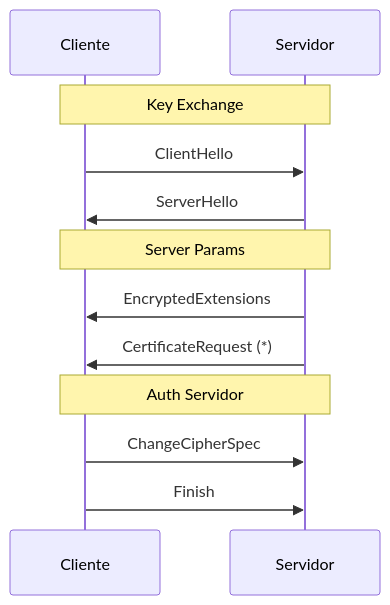
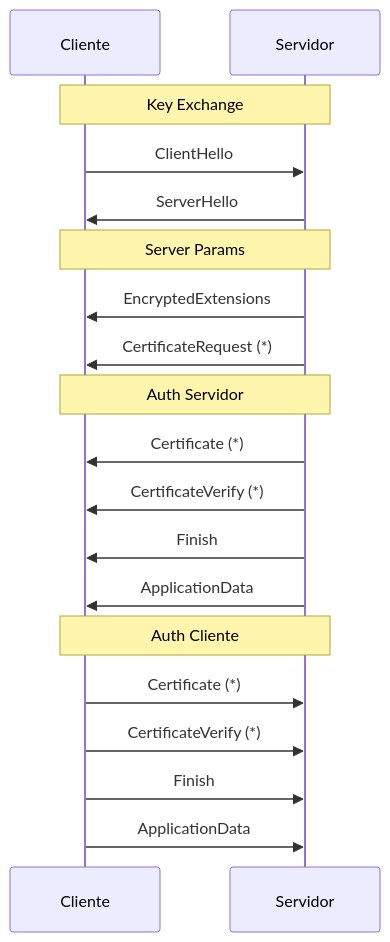
The second of 2 diagrams in 4S1/4S1_Sec/data/T4-4.md (uo294319/Notes), drawn with Mermaid before and after one commit. The commit also changed other lines of this file, not shown here.

Commit message:
Desktop-AAM 2025-11-25:11:17:32

````diff
--- a/4S1/4S1_Sec/data/T4-4.md
+++ b/4S1/4S1_Sec/data/T4-4.md
@@ -99,15 +99,22 @@
 ```mermaid
 sequenceDiagram
 	Note over Cliente,Servidor: Key Exchange
 	Cliente->>Servidor: ClientHello
 	Servidor->>Cliente: ServerHello
 	
 	Note over Cliente,Servidor: Server Params
 	Servidor->>Cliente: EncryptedExtensions
 	Servidor->>Cliente: CertificateRequest (*)
 	
 	Note over Cliente,Servidor: Auth Servidor
-	Cliente->>Servidor: ChangeCipherSpec
+	Servidor->>Cliente: Certificate (*)
+	Servidor->>Cliente: CertificateVerify (*)
+	Servidor->>Cliente: Finish
+	Servidor->>Cliente: ApplicationData
+	
+	Note over Cliente,Servidor: Auth Cliente
+	Cliente->>Servidor: Certificate (*)
+	Cliente->>Servidor: CertificateVerify (*)
 	Cliente->>Servidor: Finish
-	
+	Cliente->>Servidor: ApplicationData
 ```
````
